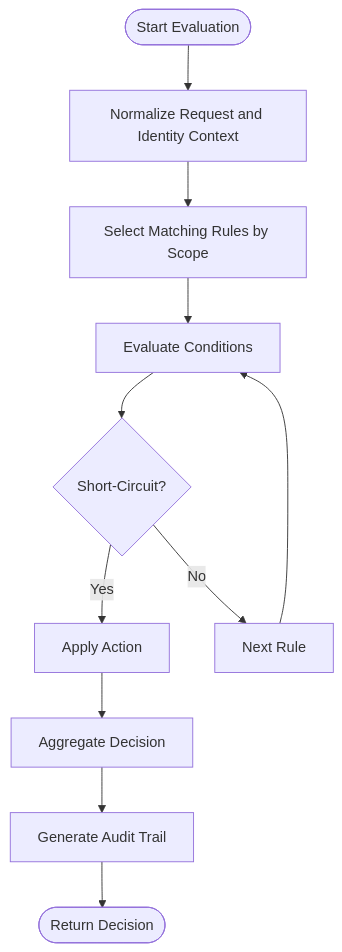
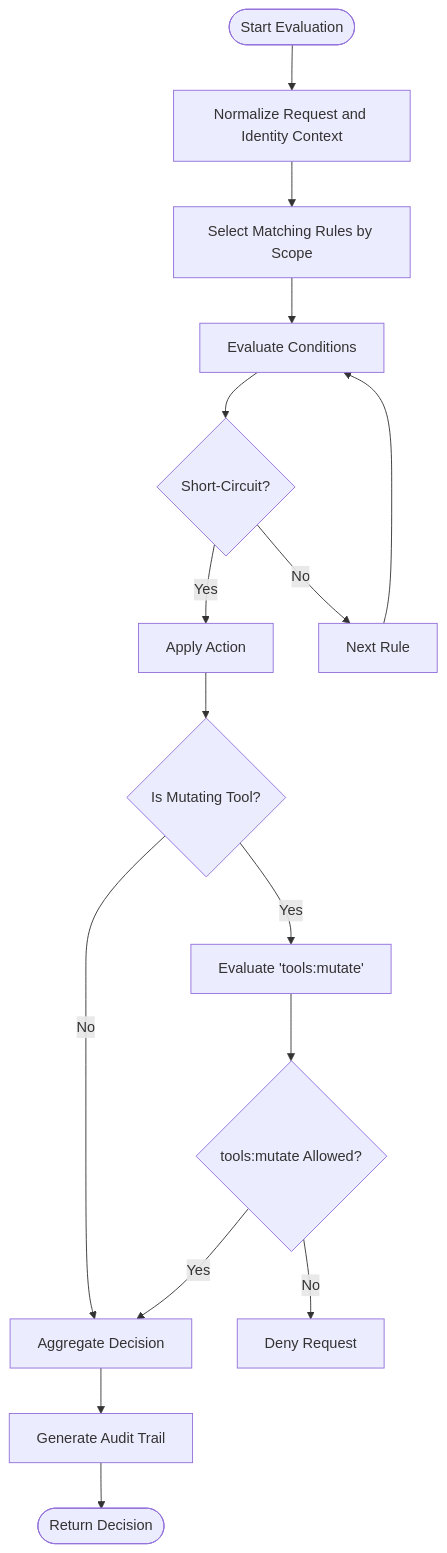
Before and after one commit to metasync/luban-aiops: the third of 5 diagrams in .qoder/repowiki/en/content/Policy Management/Policy Management.md, drawn with Mermaid. The commit also changed other lines of this file and 43 other files, not shown here.

````diff
--- a/.qoder/repowiki/en/content/Policy Management/Policy Management.md
+++ b/.qoder/repowiki/en/content/Policy Management/Policy Management.md
@@ -338,13 +341,18 @@
 ```mermaid
 flowchart TD
 Start(["Start Evaluation"]) --> Normalize["Normalize Request and Identity Context"]
 Normalize --> SelectRules["Select Matching Rules by Scope"]
 SelectRules --> EvaluateConditions["Evaluate Conditions"]
 EvaluateConditions --> ShortCircuit{"Short-Circuit?"}
 ShortCircuit --> |Yes| ApplyAction["Apply Action"]
 ShortCircuit --> |No| NextRule["Next Rule"]
 NextRule --> EvaluateConditions
-ApplyAction --> Aggregate["Aggregate Decision"]
+ApplyAction --> CheckRiskTier{"Is Mutating Tool?"}
+CheckRiskTier --> |Yes| MutateCheck["Evaluate 'tools:mutate'"]
+CheckRiskTier --> |No| Aggregate["Aggregate Decision"]
+MutateCheck --> MutateDecision{"tools:mutate Allowed?"}
+MutateDecision --> |Yes| Aggregate
+MutateDecision --> |No| Deny["Deny Request"]
 Aggregate --> Audit["Generate Audit Trail"]
 Audit --> End(["Return Decision"])
 ```
````
